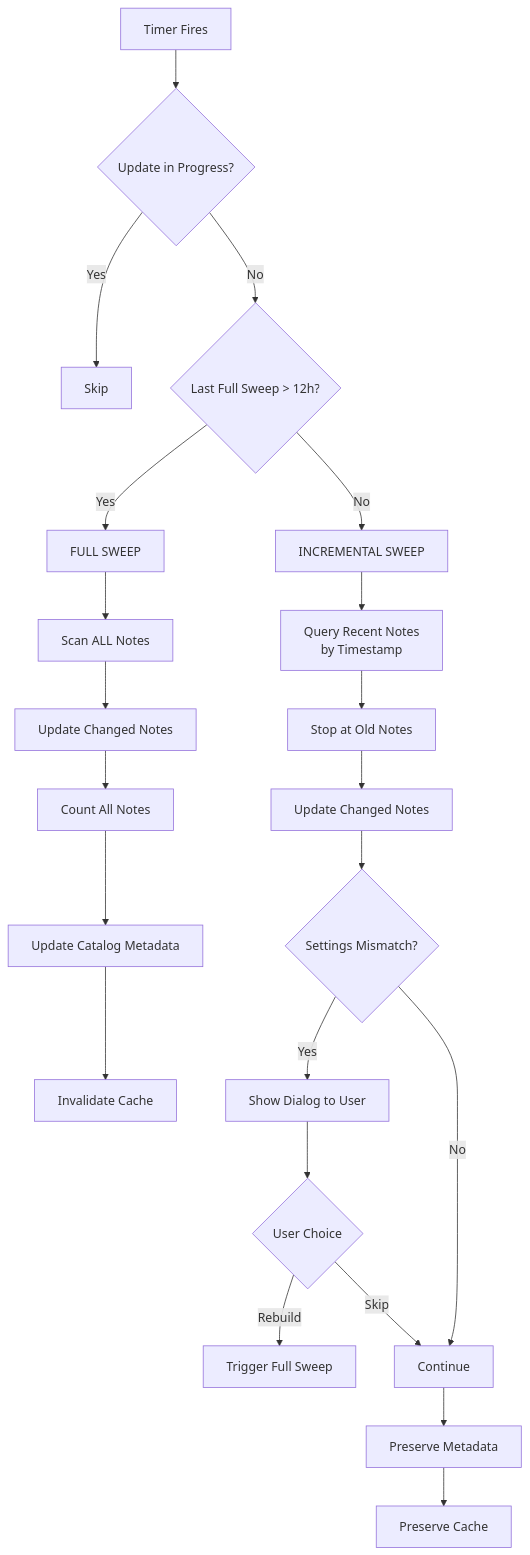
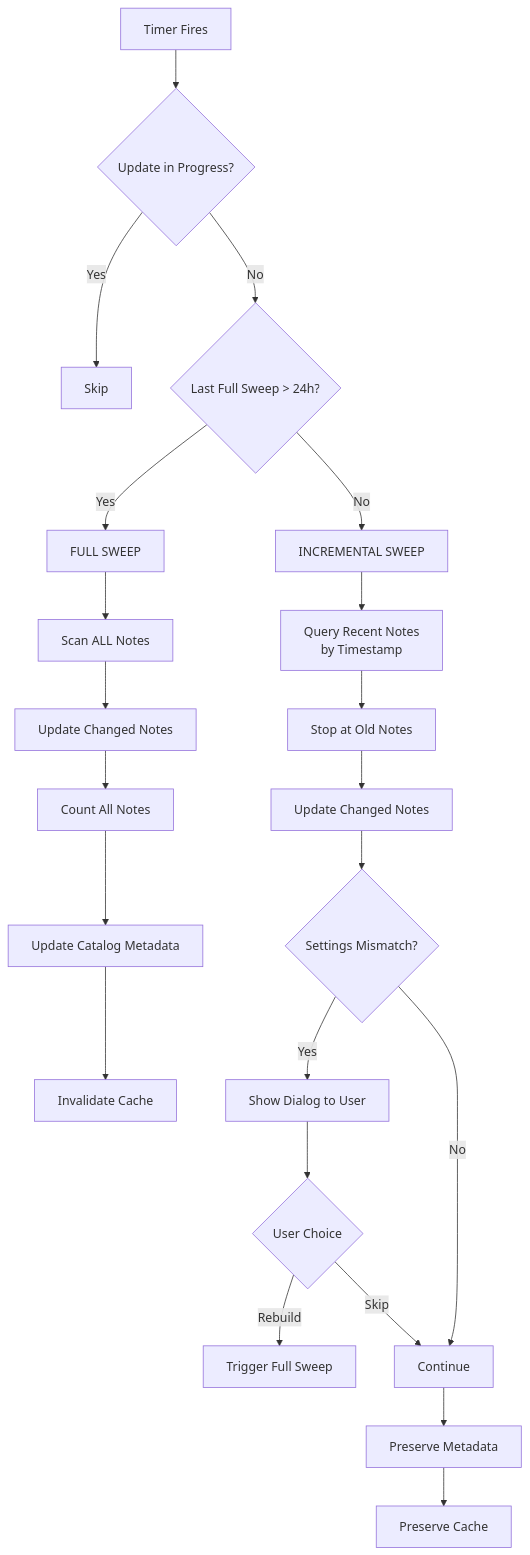
The second of 7 diagrams in VECTOR_DB_UPDATE_FLOW.md (alondmnt/joplin-plugin-jarvis), drawn with Mermaid before and after one commit. The commit also changed other lines of this file and 8 other files, not shown here.

````diff
--- a/VECTOR_DB_UPDATE_FLOW.md
+++ b/VECTOR_DB_UPDATE_FLOW.md
@@ -58,26 +58,26 @@
 ```mermaid
 graph TD
     A[Timer Fires] --> B{Update in Progress?}
     B -->|Yes| C[Skip]
-    B -->|No| D{Last Full Sweep > 12h?}
+    B -->|No| D{Last Full Sweep > 24h?}
     D -->|Yes| E[FULL SWEEP]
     D -->|No| F[INCREMENTAL SWEEP]
 
     E --> G[Scan ALL Notes]
     G --> H[Update Changed Notes]
     H --> I[Count All Notes]
     I --> J[Update Catalog Metadata]
     J --> K[Invalidate Cache]
 
     F --> L[Query Recent Notes<br/>by Timestamp]
     L --> M[Stop at Old Notes]
     M --> N[Update Changed Notes]
     N --> O{Settings Mismatch?}
     O -->|Yes| P[Show Dialog to User]
     P --> Q{User Choice}
     Q -->|Rebuild| R[Trigger Full Sweep]
     Q -->|Skip| S[Continue]
     O -->|No| S
     S --> T[Preserve Metadata]
     T --> U[Preserve Cache]
 ```
````
